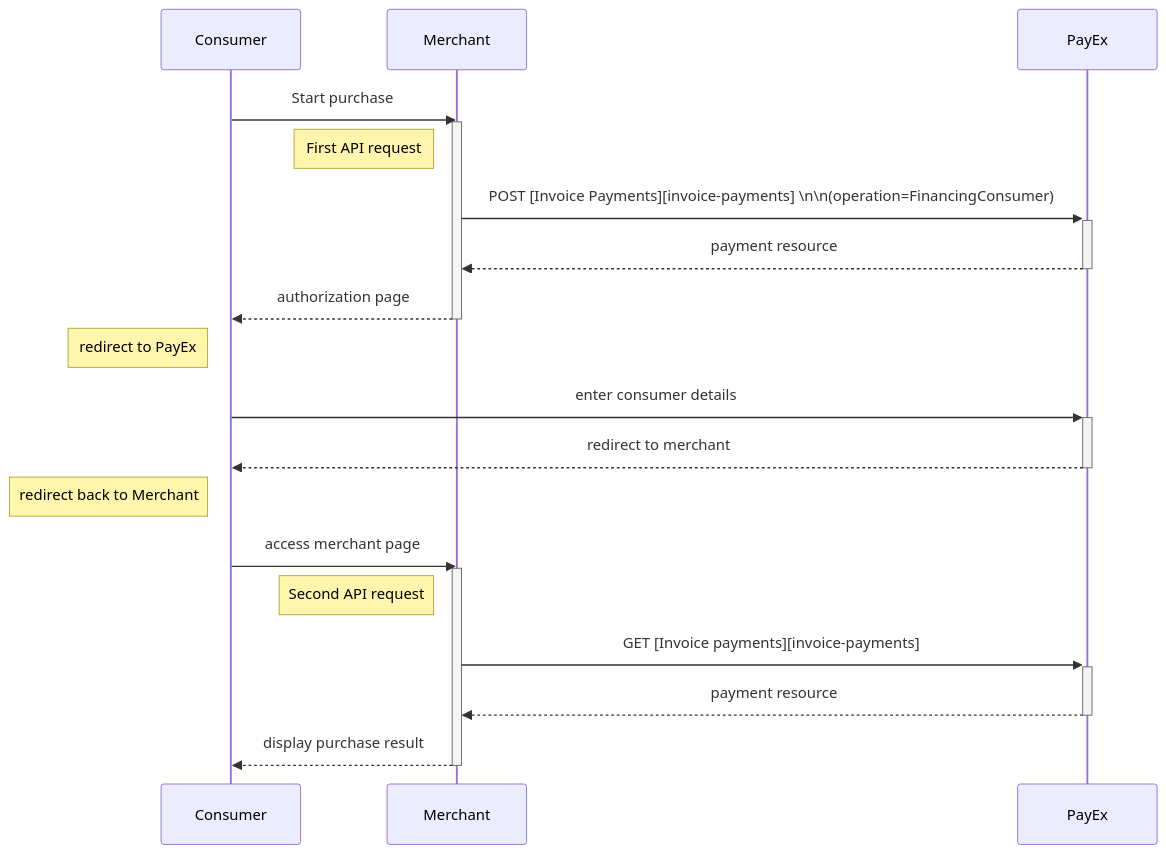
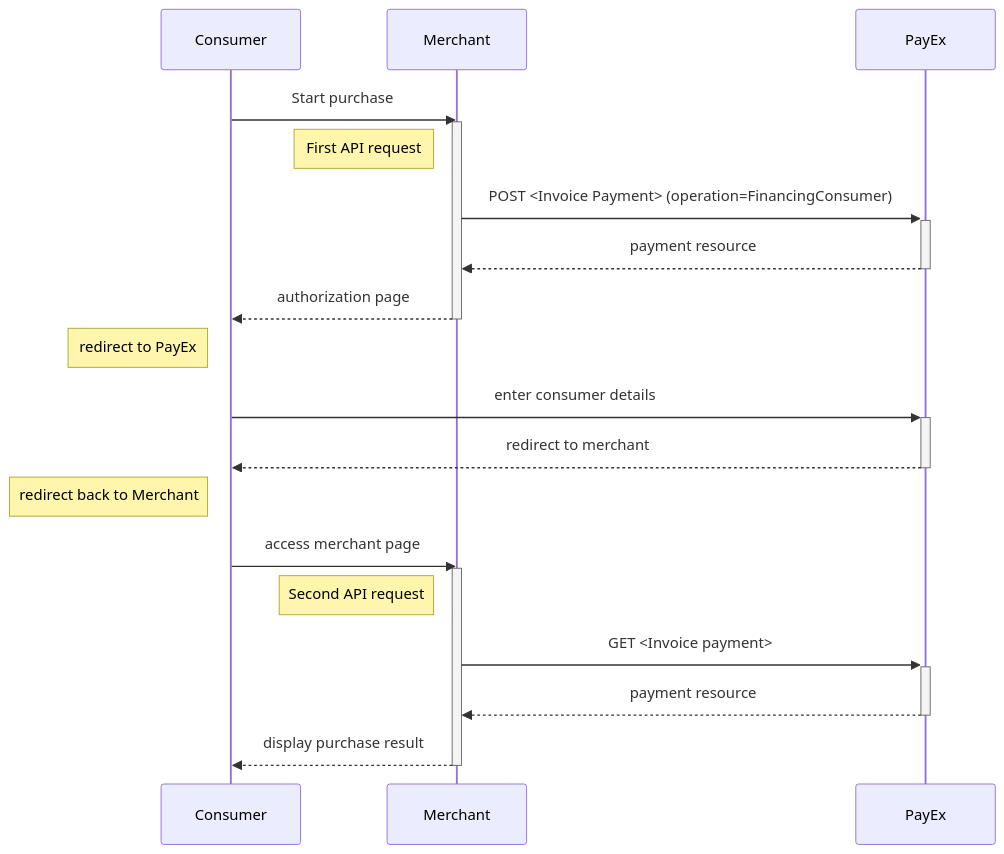
The diagram in payments/invoice/redirect.md (SwedbankPay/developer.swedbankpay.com), drawn with Mermaid before and after one commit. The commit also changed other lines of this file and 5 other files, not shown here.

````diff
--- a/payments/invoice/redirect.md
+++ b/payments/invoice/redirect.md
@@ -43,20 +55,20 @@
 ```mermaid
 sequenceDiagram
     Consumer->>Merchant: Start purchase
     activate Merchant
     note left of Merchant: First API request 
-    Merchant->>+PayEx: POST [Invoice Payments][invoice-payments] \n\n(operation=FinancingConsumer)
+    Merchant->>+PayEx: POST <Invoice Payment> (operation=FinancingConsumer)
     PayEx-->>-Merchant: payment resource
     Merchant-->>-Consumer: authorization page
     note left of Consumer: redirect to PayEx
     Consumer->>+PayEx: enter consumer details
     PayEx-->>-Consumer: redirect to merchant
     note left of Consumer: redirect back to Merchant
     Consumer->>Merchant: access merchant page
     activate Merchant
     note left of Merchant: Second API request
-    Merchant->>+PayEx: GET [Invoice payments][invoice-payments] 
+    Merchant->>+PayEx: GET <Invoice payment> 
     PayEx-->>-Merchant: payment resource
     Merchant-->>Consumer: display purchase result
     deactivate Merchant
 ```
````
